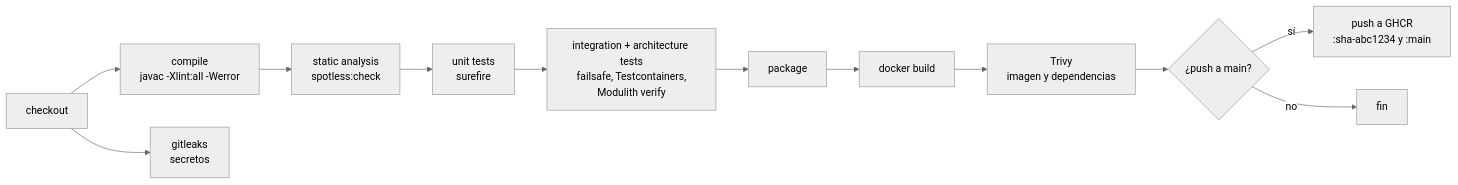
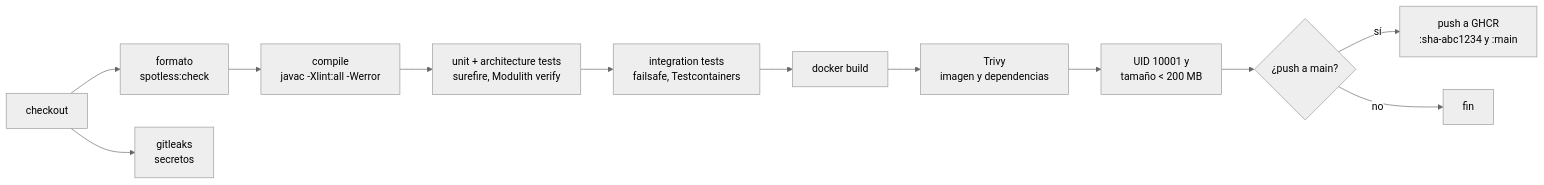
The first of 2 diagrams in docs/devops/ci-cd.md (RicardoOrd/opswatch), drawn with Mermaid (neutral theme) before and after one commit. The commit also changed other lines of this file and 6 other files, not shown here.

````diff
--- a/docs/devops/ci-cd.md
+++ b/docs/devops/ci-cd.md
@@ -33,14 +37,14 @@
 ```mermaid
 flowchart LR
-    A["checkout"] --> B["compile<br/>javac -Xlint:all -Werror"]
-    B --> C["static analysis<br/>spotless:check"]
-    C --> D["unit tests<br/>surefire"]
-    D --> E["integration + architecture tests<br/>failsafe, Testcontainers,<br/>Modulith verify"]
-    E --> F["package"]
-    F --> G["docker build"]
+    A["checkout"] --> C["formato<br/>spotless:check"]
+    C --> B["compile<br/>javac -Xlint:all -Werror"]
+    B --> D["unit + architecture tests<br/>surefire, Modulith verify"]
+    D --> E["integration tests<br/>failsafe, Testcontainers"]
+    E --> G["docker build"]
     G --> H["Trivy<br/>imagen y dependencias"]
+    H --> U["UID 10001 y<br/>tamaño < 200 MB"]
     A --> S["gitleaks<br/>secretos"]
-    H --> P{"¿push a main?"}
+    U --> P{"¿push a main?"}
     P -->|sí| R["push a GHCR<br/>:sha-abc1234 y :main"]
     P -->|no| X["fin"]
 ```
````
